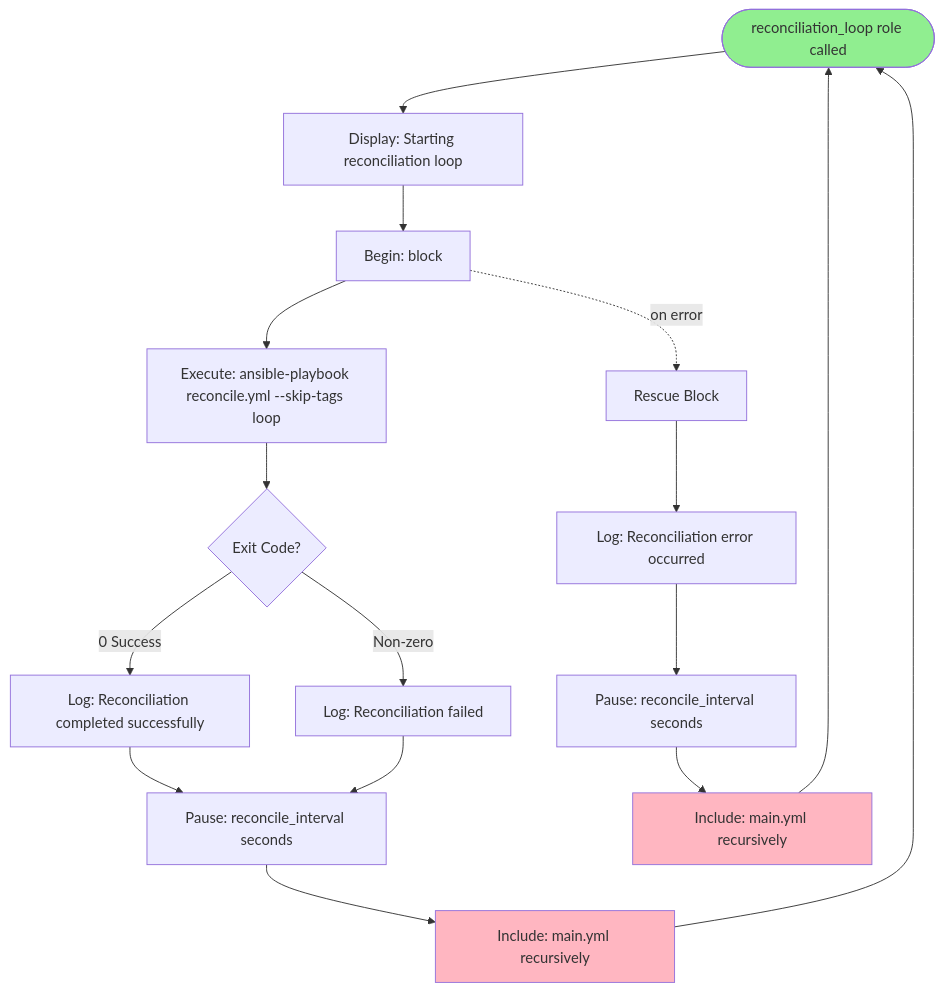
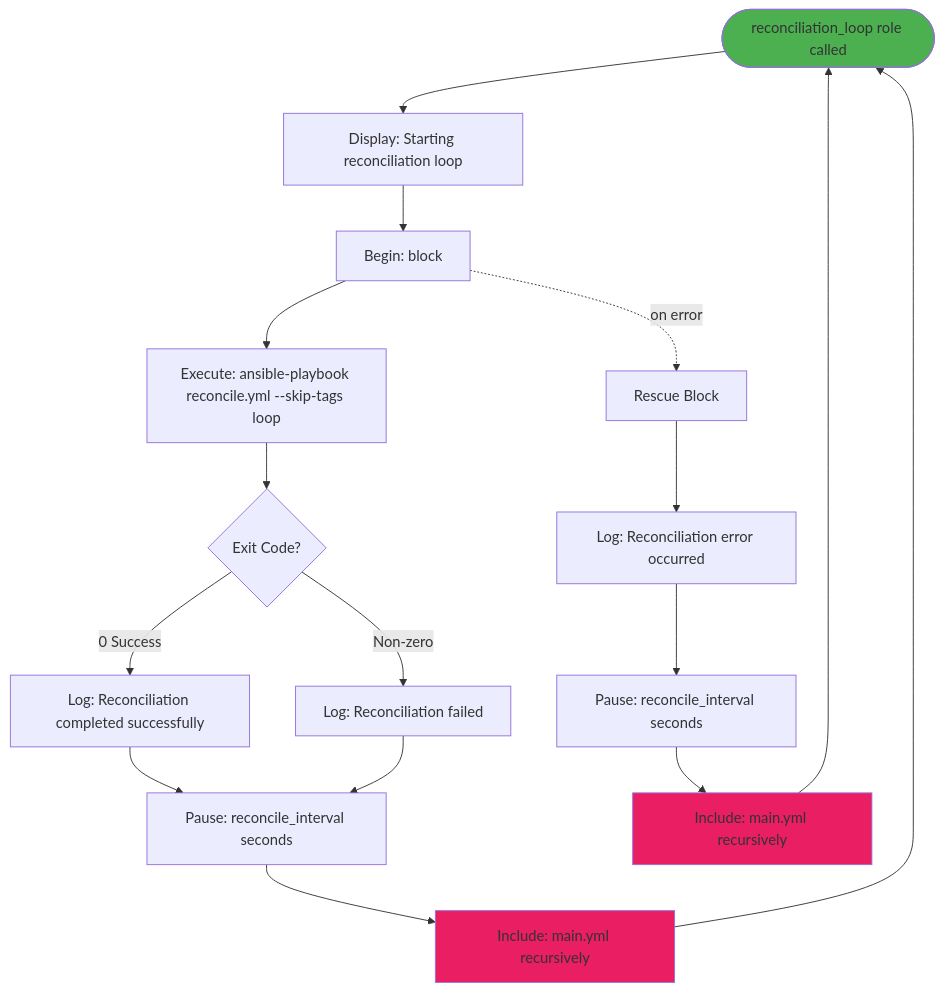
One commit to wheetazlab/cloudflare-zero-trust-operator changed the fourth of 20 diagrams in docs/flow.md. Above: the diagram before and after it, drawn with Mermaid. The commit also changed other lines of this file and 1 other file, not shown here.

First line of the commit message:
fix: Replace light colors in mermaid diagrams with darker, more readable colors

````diff
--- a/docs/flow.md
+++ b/docs/flow.md
@@ -423,29 +423,29 @@
 ```mermaid
 flowchart TD
     START([reconciliation_loop role called]) --> LOG[Display: Starting reconciliation loop]
     
     LOG --> BLOCK[Begin: block]
     
     BLOCK --> EXEC[Execute: ansible-playbook reconcile.yml --skip-tags loop]
     EXEC --> CHECK{Exit Code?}
     
     CHECK -->|0 Success| LOG_OK[Log: Reconciliation completed successfully]
     CHECK -->|Non-zero| LOG_FAIL[Log: Reconciliation failed]
     
     LOG_OK --> WAIT[Pause: reconcile_interval seconds]
     LOG_FAIL --> WAIT
     
     WAIT --> RECURSE[Include: main.yml recursively]
     
     BLOCK -.on error.-> RESCUE[Rescue Block]
     RESCUE --> LOG_ERROR[Log: Reconciliation error occurred]
     LOG_ERROR --> WAIT2[Pause: reconcile_interval seconds]
     WAIT2 --> RECURSE2[Include: main.yml recursively]
     
     RECURSE --> START
     RECURSE2 --> START
     
-    style START fill:#90EE90
-    style RECURSE fill:#FFB6C1
-    style RECURSE2 fill:#FFB6C1
+    style START fill:#4CAF50
+    style RECURSE fill:#E91E63
+    style RECURSE2 fill:#E91E63
 ```
````
